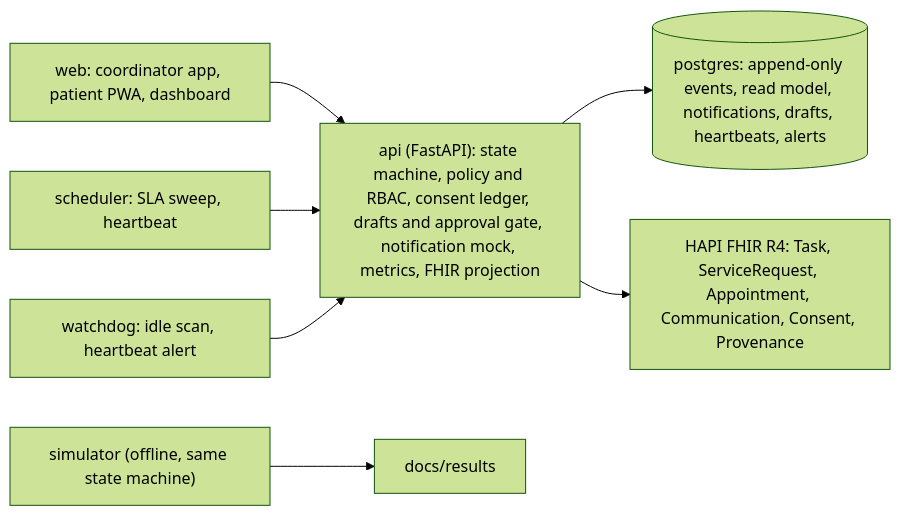
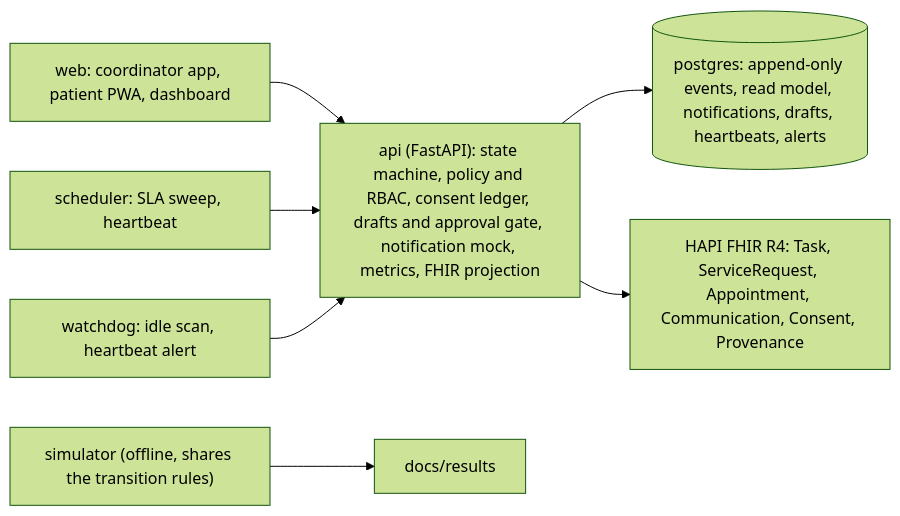
The diagram in README.md (Nandish3010/screening-closure), drawn with Mermaid (forest theme) before and after one commit. The commit also changed other lines of this file and 31 other files, not shown here.

First line of the commit message:
E20b: calibrated-ratio and silent-loss framing, Abu Dhabi sensitivity overlay, commercial reframe, demo simplification, architecture overview, docs-numbers check

````diff
--- a/README.md
+++ b/README.md
@@ -83,10 +85,10 @@
 ```mermaid
 flowchart LR
   web["web: coordinator app, patient PWA, dashboard"] --> api
   sched["scheduler: SLA sweep, heartbeat"] --> api
   dog["watchdog: idle scan, heartbeat alert"] --> api
   api["api (FastAPI): state machine, policy and RBAC, consent ledger, drafts and approval gate, notification mock, metrics, FHIR projection"]
   api --> pg[("postgres: append-only events, read model, notifications, drafts, heartbeats, alerts")]
   api --> fhir["HAPI FHIR R4: Task, ServiceRequest, Appointment, Communication, Consent, Provenance"]
-  sim["simulator (offline, same state machine)"] --> res["docs/results"]
+  sim["simulator (offline, shares the transition rules)"] --> res["docs/results"]
 ```
````
